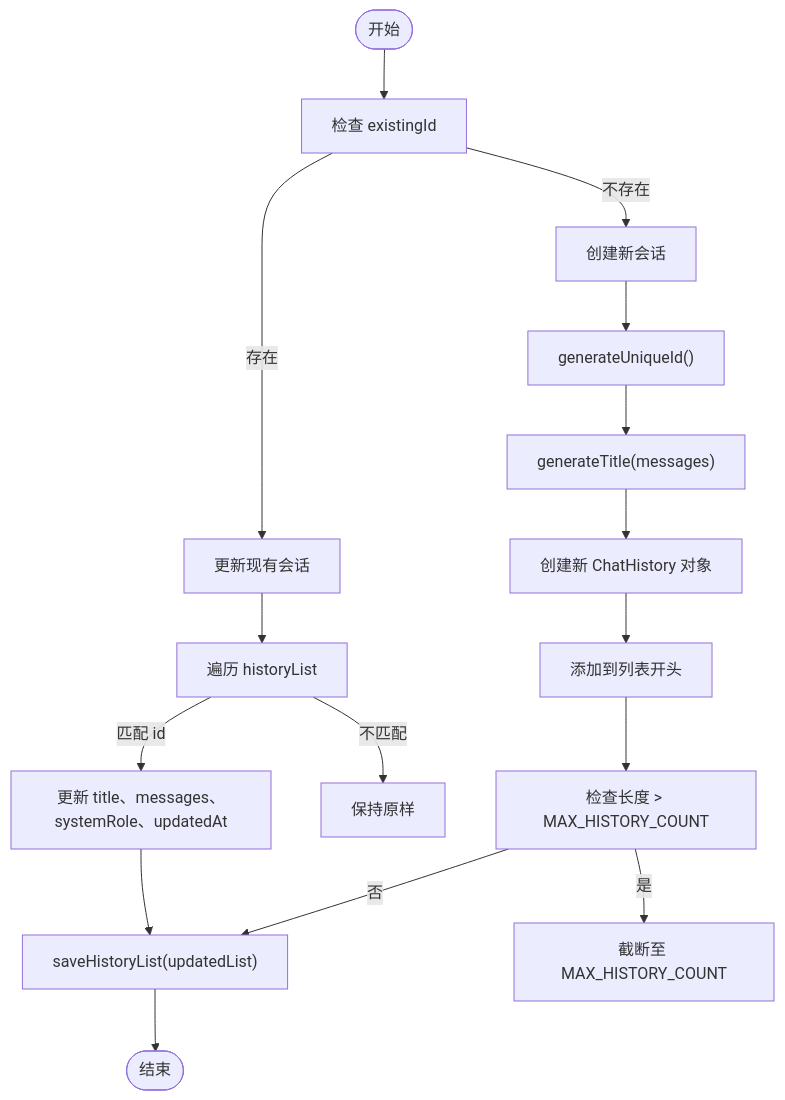
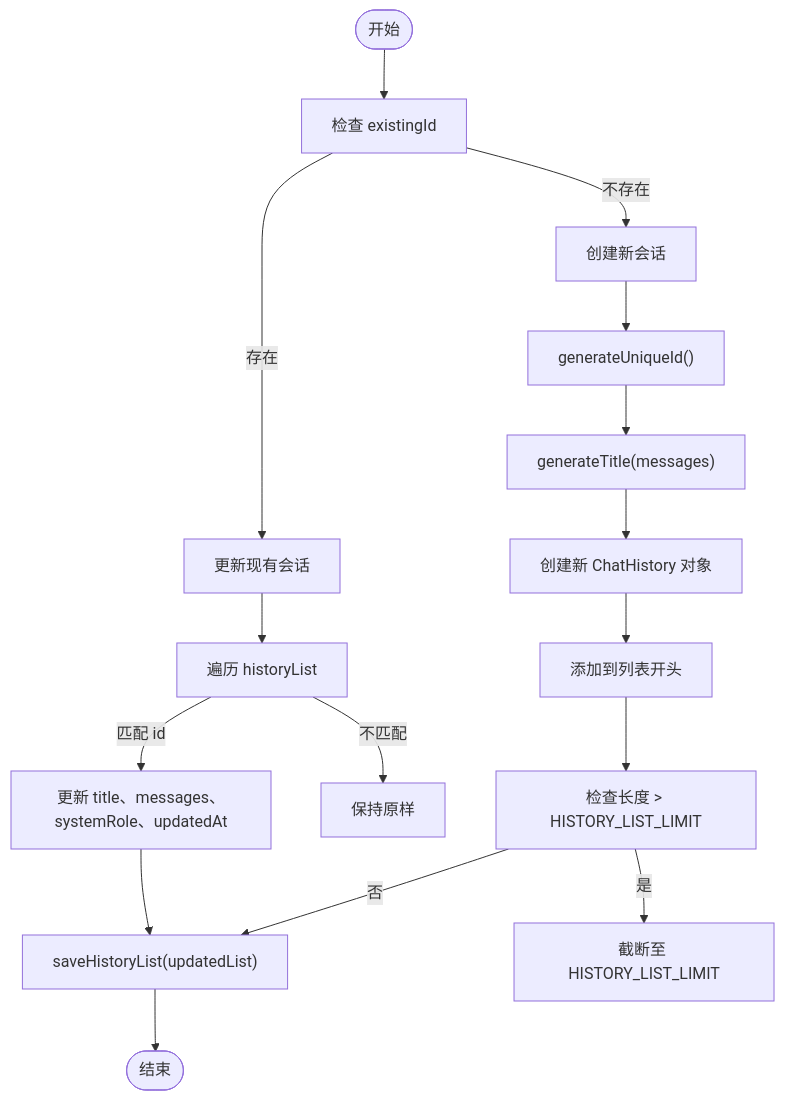
One commit to zfyime/chat-mini changed the fourth of 11 diagrams in .qoder/repowiki/zh/content/核心功能详解/对话历史管理.md. Above: the diagram before and after it, drawn with Mermaid. The commit also changed other lines of this file and 52 other files, not shown here.

````diff
--- a/.qoder/repowiki/zh/content/核心功能详解/对话历史管理.md
+++ b/.qoder/repowiki/zh/content/核心功能详解/对话历史管理.md
@@ -121,18 +121,18 @@
 ```mermaid
 flowchart TD
 Start([开始]) --> CheckExist["检查 existingId"]
 CheckExist --> |存在| Update["更新现有会话"]
 CheckExist --> |不存在| Create["创建新会话"]
 Update --> Map["遍历 historyList"]
 Map --> |匹配 id| Modify["更新 title、messages、systemRole、updatedAt"]
 Map --> |不匹配| Keep["保持原样"]
 Modify --> Save["saveHistoryList(updatedList)"]
 Create --> GenerateId["generateUniqueId()"]
 GenerateId --> GenerateTitle["generateTitle(messages)"]
 GenerateTitle --> CreateObj["创建新 ChatHistory 对象"]
 CreateObj --> Prepend["添加到列表开头"]
-Prepend --> Limit["检查长度 > MAX_HISTORY_COUNT"]
-Limit --> |是| Truncate["截断至 MAX_HISTORY_COUNT"]
+Prepend --> Limit["检查长度 > HISTORY_LIST_LIMIT"]
+Limit --> |是| Truncate["截断至 HISTORY_LIST_LIMIT"]
 Limit --> |否| Save
 Save --> End([结束])
 ```
````
